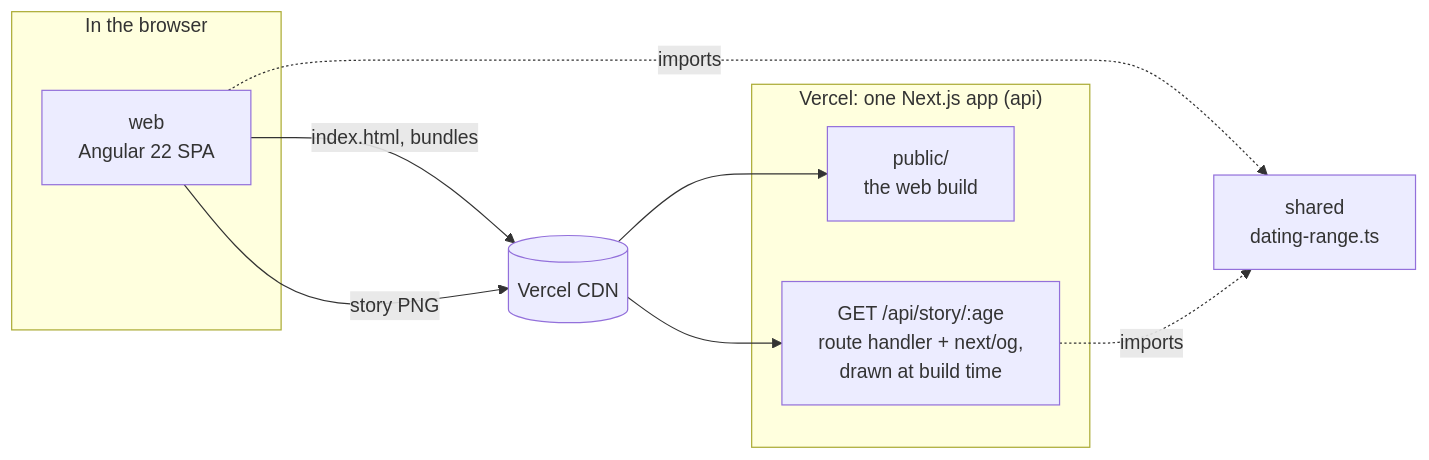
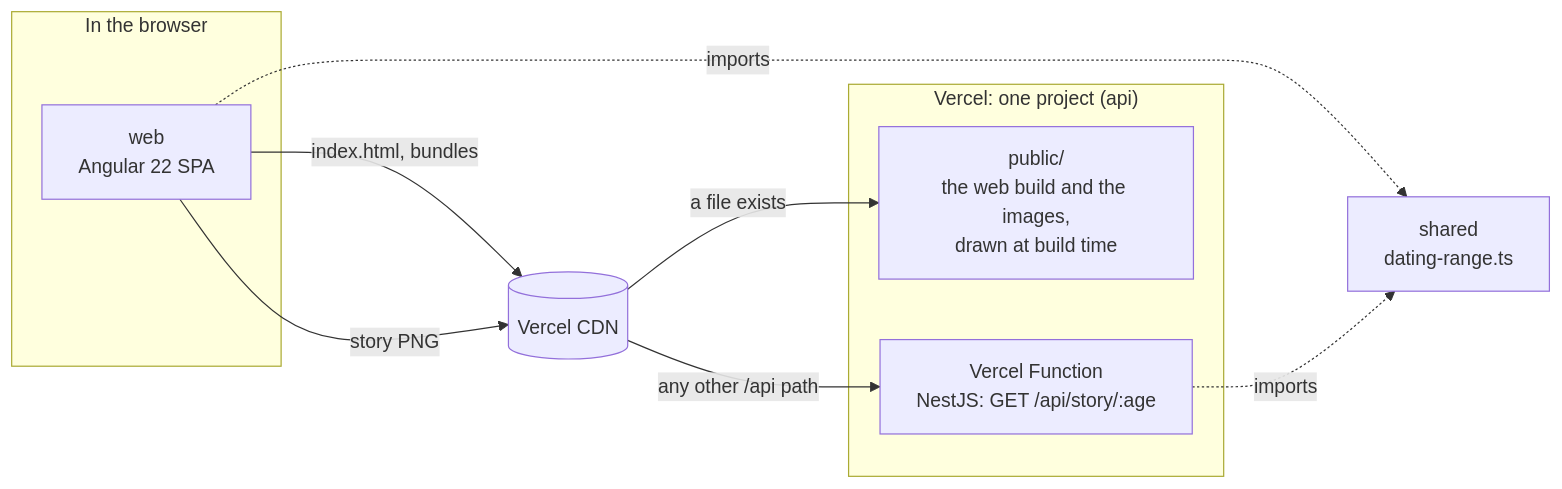
One commit to stepan-omelka/agedateinterval changed the diagram in ARCHITECTURE.md. Above: the diagram before and after it, drawn with Mermaid. The commit also changed other lines of this file and 11 other files, not shown here.

Commit message:
docs: describe the NestJS API and how Vercel serves it

````diff
--- a/ARCHITECTURE.md
+++ b/ARCHITECTURE.md
@@ -11,21 +11,21 @@
 ```mermaid
 graph LR
   subgraph browser["In the browser"]
     WEB["web<br/>Angular 22 SPA"]
   end
 
-  subgraph vercel["Vercel: one Next.js app (api)"]
-    STATIC["public/<br/>the web build"]
-    STORY["GET /api/story/:age<br/>route handler + next/og,<br/>drawn at build time"]
+  subgraph vercel["Vercel: one project (api)"]
+    STATIC["public/<br/>the web build and the images,<br/>drawn at build time"]
+    STORY["Vercel Function<br/>NestJS: GET /api/story/:age"]
   end
 
   SHARED["shared<br/>dating-range.ts"]
   CDN[("Vercel CDN")]
 
   WEB -->|"index.html, bundles"| CDN
   WEB -->|"story PNG"| CDN
-  CDN --> STATIC
-  CDN --> STORY
+  CDN -->|"a file exists"| STATIC
+  CDN -->|"any other /api path"| STORY
   WEB -.->|imports| SHARED
   STORY -.->|imports| SHARED
 ```
````
